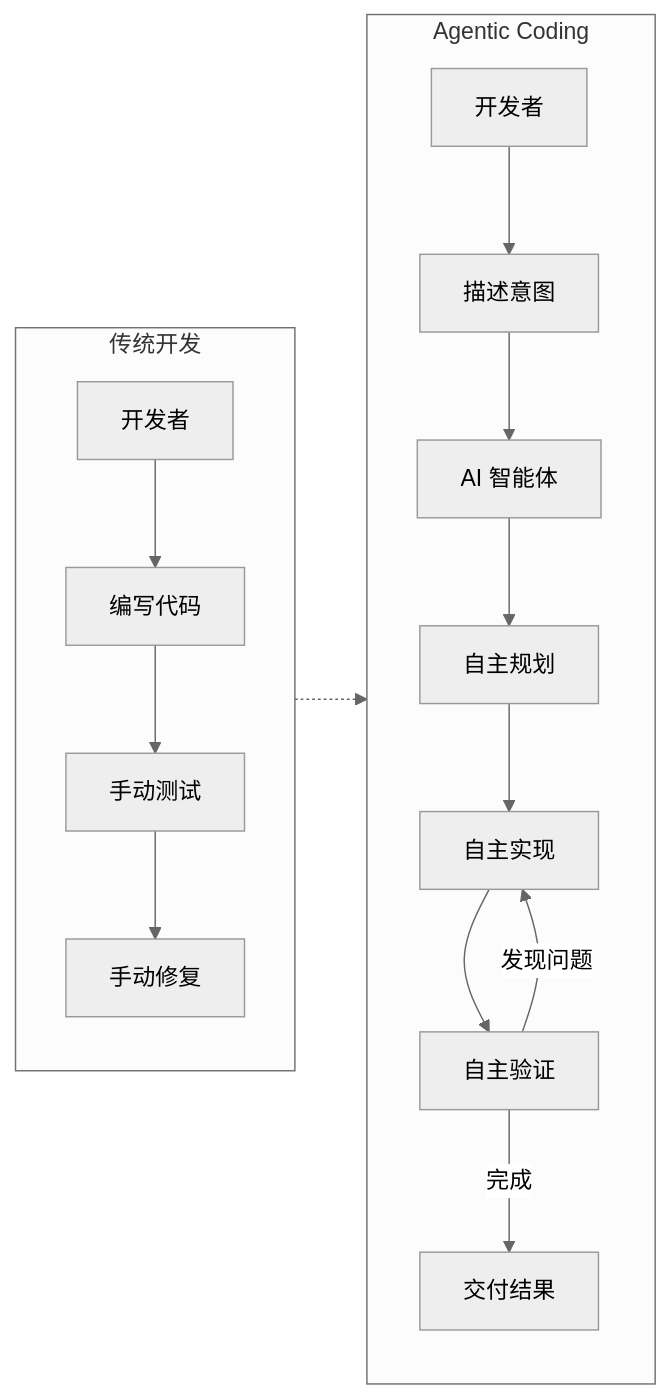
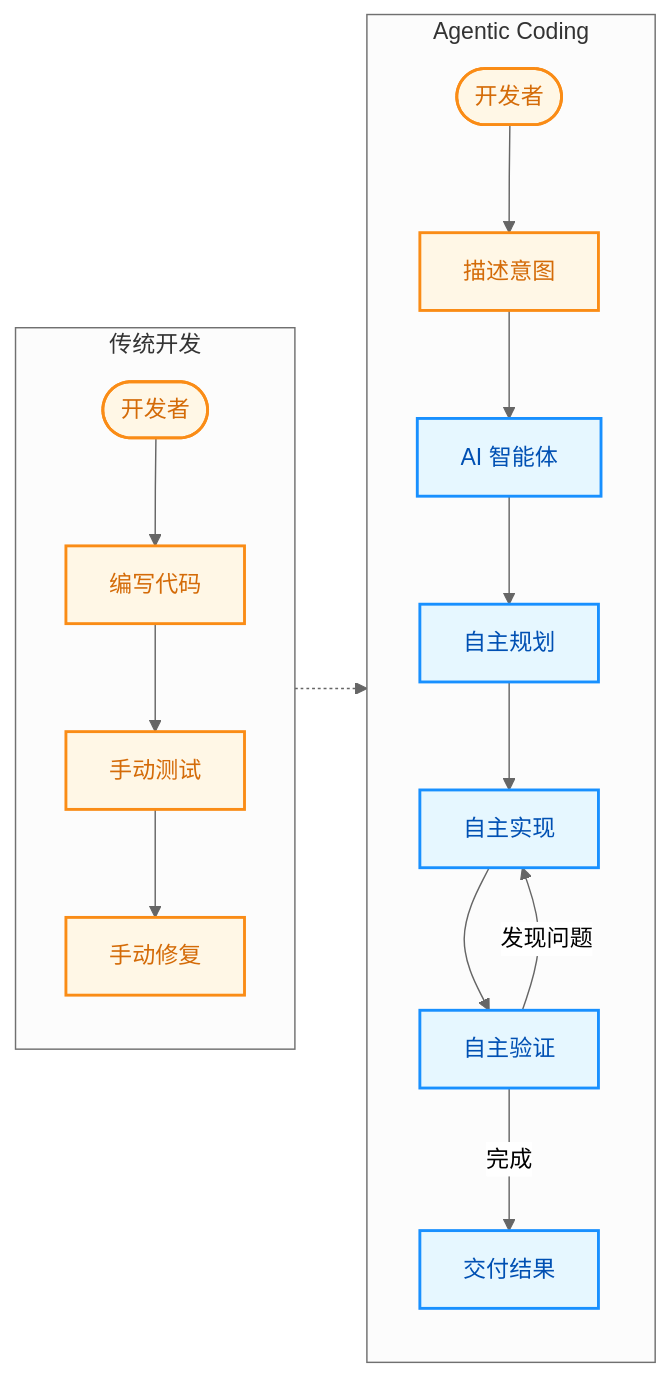
One commit to yeasy/agentic_ai_guide changed the second of 4 diagrams in 10_agentic_coding/10.1_paradigm.md. Above: the diagram before and after it, drawn with Mermaid (neutral theme). The commit also changed other lines of this file and 36 other files, not shown here.

````diff
--- a/10_agentic_coding/10.1_paradigm.md
+++ b/10_agentic_coding/10.1_paradigm.md
@@ -70,23 +79,32 @@
 ```mermaid
 flowchart LR
+    %% Style Definitions
+    classDef user fill:#fff7e6,stroke:#fa8c16,stroke-width:2px,color:#d46b08;
+    classDef agent fill:#e6f7ff,stroke:#1890ff,stroke-width:2px,color:#0050b3;
+    
     subgraph A_Traditional["传统开发"]
         direction TB
-        Dev["开发者"] --> Code["编写代码"]
+        Dev(["开发者"]) --> Code["编写代码"]
         Code --> Test["手动测试"]
         Test --> Fix["手动修复"]
     end
     
     subgraph B_Agentic["Agentic Coding"]
         direction TB
-        User["开发者"] --> Intent["描述意图"]
+        User(["开发者"]) --> Intent["描述意图"]
         Intent --> Agent["AI 智能体"]
         Agent --> Plan["自主规划"]
         Plan --> Impl["自主实现"]
         Impl --> Verify["自主验证"]
         Verify --> |"发现问题"| Impl
         Verify --> |"完成"| Result["交付结果"]
     end
 
     %% 演进路径
     A_Traditional -.-> B_Agentic
+    
+    %% Apply Styles
+    class Dev,Code,Test,Fix user;
+    class User,Intent user;
+    class Agent,Plan,Impl,Verify,Result agent;
 ```
````
